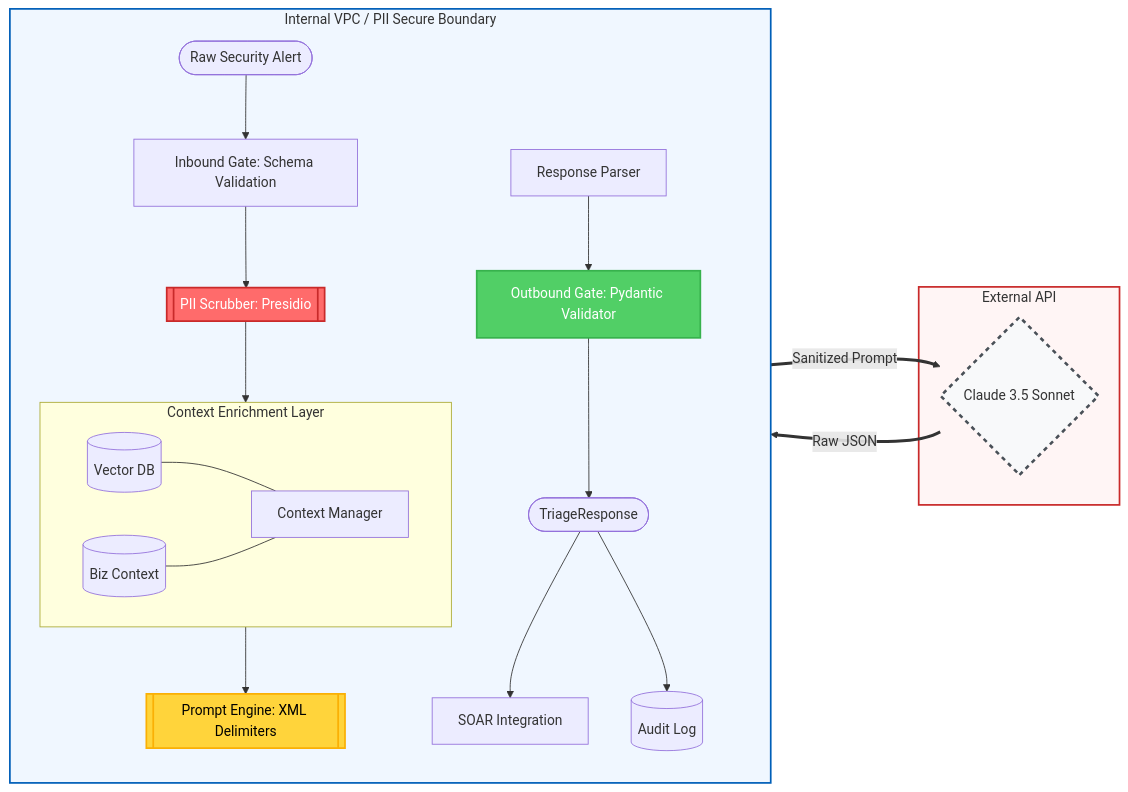
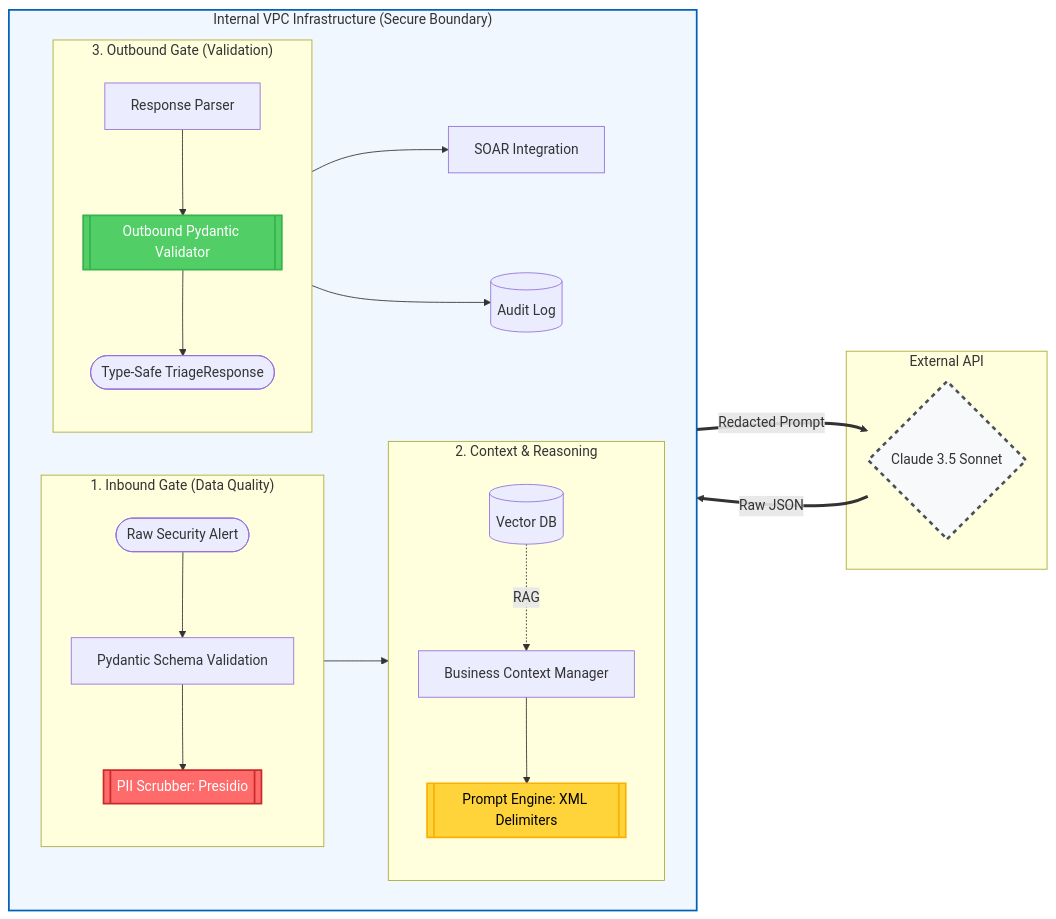
One commit to mikewolf256/llm-soc-triage changed the diagram in README.md. Above: the diagram before and after it, drawn with Mermaid.

Commit message:
Restructure Mermaid diagram into three-layer security model
Enhanced readability with numbered security gates and clear flow:

1. Inbound Gate (Data Quality)
   - Raw Alert → Schema Validation → PII Scrubbing
   - Red styling emphasizes critical PII protection

2. Context & Reasoning
   - Business Context Manager with RAG from Vector DB
   - Prompt Engine with XML Delimiters for injection defense
   - Yellow styling for execution gate

3. Outbound Gate (Validation)
   - Response Parser → Pydantic Validator → Type-Safe Output
   - Green styling confirms validated, safe output

Key improvements:
- Three distinct subgraphs map directly to security model
- Numbered gates make flow obvious
- Clearer labeling: "Redacted Prompt" and "Raw JSON" on boundaries
- Better visual hierarchy with nested sections
- Removed redundant External subgraph fill (less visual noise)

Diagram now tells complete "Sandwiched Safety" story at a glance.

````diff
--- a/README.md
+++ b/README.md
@@ -34,39 +34,49 @@
 ```mermaid
 flowchart LR
-    subgraph Internal [" Internal VPC / PII Secure Boundary "]
-        direction TB
-        Start([Raw Security Alert]) --> InGate[Inbound Gate: Schema Validation]
-        InGate --> Scrub[[PII Scrubber: Presidio]]
+    subgraph Internal [" Internal VPC Infrastructure (Secure Boundary) "]
+        direction LR
         
-        subgraph Enrichment [Context Enrichment Layer]
-            direction LR
-            VDB[(Vector DB)] --- Context[Context Manager]
-            BizDB[(Biz Context)] --- Context
+        %% Inbound Section
+        subgraph Inbound [" 1. Inbound Gate (Data Quality) "]
+            direction TB
+            Start([Raw Security Alert]) --> Valid[Pydantic Schema Validation]
+            Valid --> Scrub[[PII Scrubber: Presidio]]
         end
-        
-        Scrub --> Context
-        Context --> Prompt[[Prompt Engine: XML Delimiters]]
-        
-        Parse[Response Parser] --> OutGate[Outbound Gate: Pydantic Validator]
-        OutGate --> Final([TriageResponse])
-        
+
+        %% Enrichment Section
+        subgraph Enrichment [" 2. Context & Reasoning "]
+            direction TB
+            Scrub --> Context[Business Context Manager]
+            VDB[(Vector DB)] -.->|RAG| Context
+            Context --> Prompt[[Prompt Engine: XML Delimiters]]
+        end
+
+        %% Outbound Section
+        subgraph Outbound [" 3. Outbound Gate (Validation) "]
+            direction TB
+            Parse[Response Parser] --> OutGate[[Outbound Pydantic Validator]]
+            OutGate --> Final([Type-Safe TriageResponse])
+        end
+
+        %% Final Integration
         Final --> SOAR[SOAR Integration]
         Final --> Audit[(Audit Log)]
     end
 
+    %% External LLM Layer
     subgraph External [" External API "]
         LLM{Claude 3.5 Sonnet}
     end
 
-    %% External Connections
-    Prompt ==>|Sanitized Prompt| LLM
+    %% Key Cross-Boundary Connections
+    Prompt ==>|Redacted Prompt| LLM
     LLM ==>|Raw JSON| Parse
 
-    %% Styling
+    %% Styling based on Three-Layer Security Model
     style Scrub fill:#ff6b6b,stroke:#c92a2a,color:#fff,stroke-width:2px
     style Prompt fill:#ffd43b,stroke:#fab005,color:#000,stroke-width:2px
     style OutGate fill:#51cf66,stroke:#37b24d,color:#fff,stroke-width:2px
     style LLM fill:#f8f9fa,stroke:#495057,stroke-width:3px,stroke-dasharray: 5 5
     style Internal fill:#f0f7ff,stroke:#005fb8,stroke-width:2px
-    style External fill:#fff5f5,stroke:#c92a2a,stroke-width:2px
+
 ```
````
